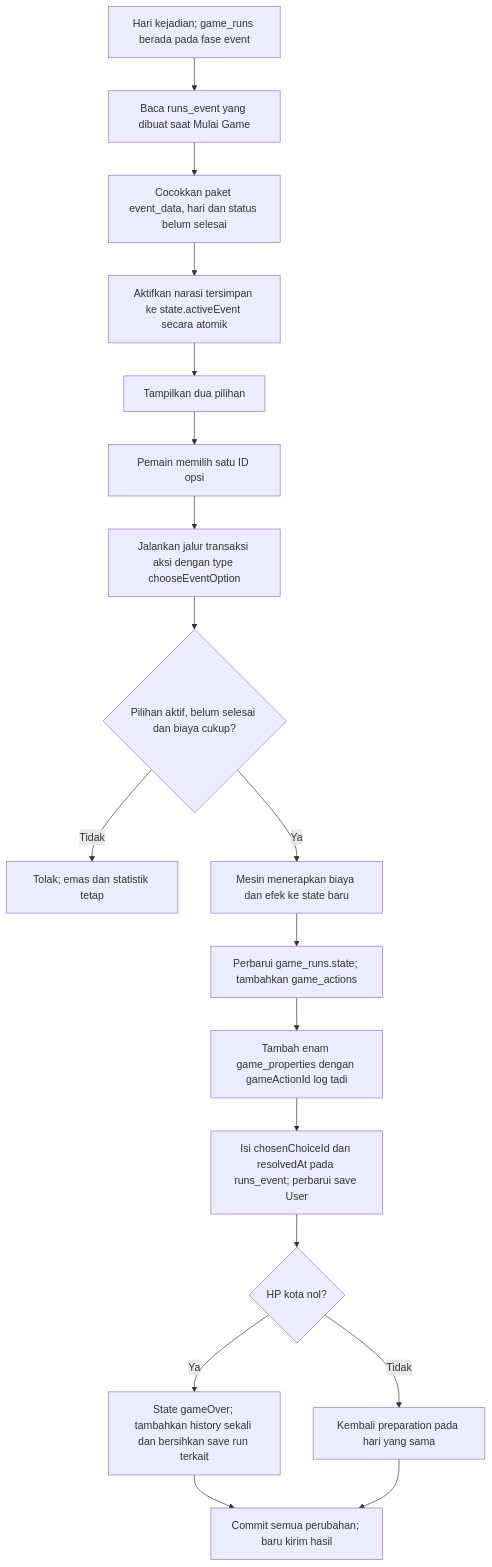
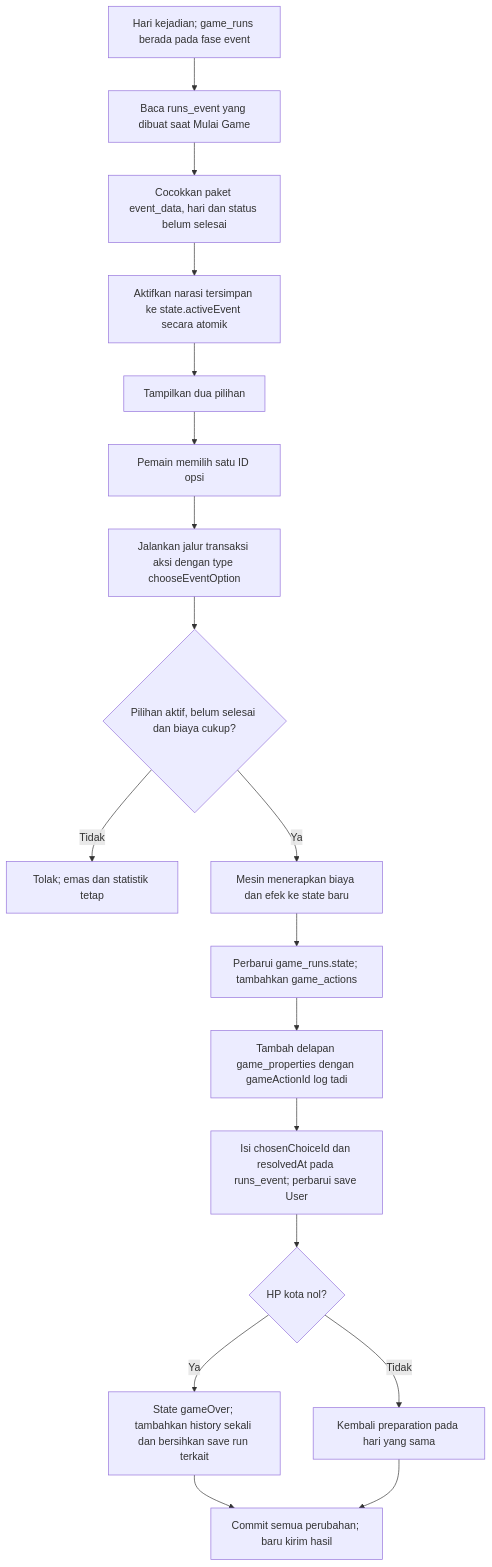
The third of 6 diagrams in docs/database/FLOW_DATABASE.md (Three-Musketeers-Hacktiv/Final-Project), drawn with Mermaid before and after one commit. The commit also changed other lines of this file and 7 other files, not shown here.

First line of the commit message:
feat(docs): update database documentation and schema for Fantasy City Defense

````diff
--- a/docs/database/FLOW_DATABASE.md
+++ b/docs/database/FLOW_DATABASE.md
@@ -76,20 +76,20 @@
 ```mermaid
 flowchart TD
     A[Hari kejadian; game_runs berada pada fase event] --> B[Baca runs_event yang dibuat saat Mulai Game]
     B --> C[Cocokkan paket event_data, hari dan status belum selesai]
     C --> D[Aktifkan narasi tersimpan ke state.activeEvent secara atomik]
     D --> E[Tampilkan dua pilihan]
     E --> F[Pemain memilih satu ID opsi]
     F --> G[Jalankan jalur transaksi aksi dengan type chooseEventOption]
     G --> H{Pilihan aktif, belum selesai dan biaya cukup?}
     H -->|Tidak| I[Tolak; emas dan statistik tetap]
     H -->|Ya| J[Mesin menerapkan biaya dan efek ke state baru]
     J --> K[Perbarui game_runs.state; tambahkan game_actions]
-    K --> L[Tambah enam game_properties dengan gameActionId log tadi]
+    K --> L[Tambah delapan game_properties dengan gameActionId log tadi]
     L --> M[Isi chosenChoiceId dan resolvedAt pada runs_event; perbarui save User]
     M --> N{HP kota nol?}
     N -->|Ya| O[State gameOver; tambahkan history sekali dan bersihkan save run terkait]
     N -->|Tidak| P[Kembali preparation pada hari yang sama]
     O --> Q[Commit semua perubahan; baru kirim hasil]
     P --> Q
 ```
````
